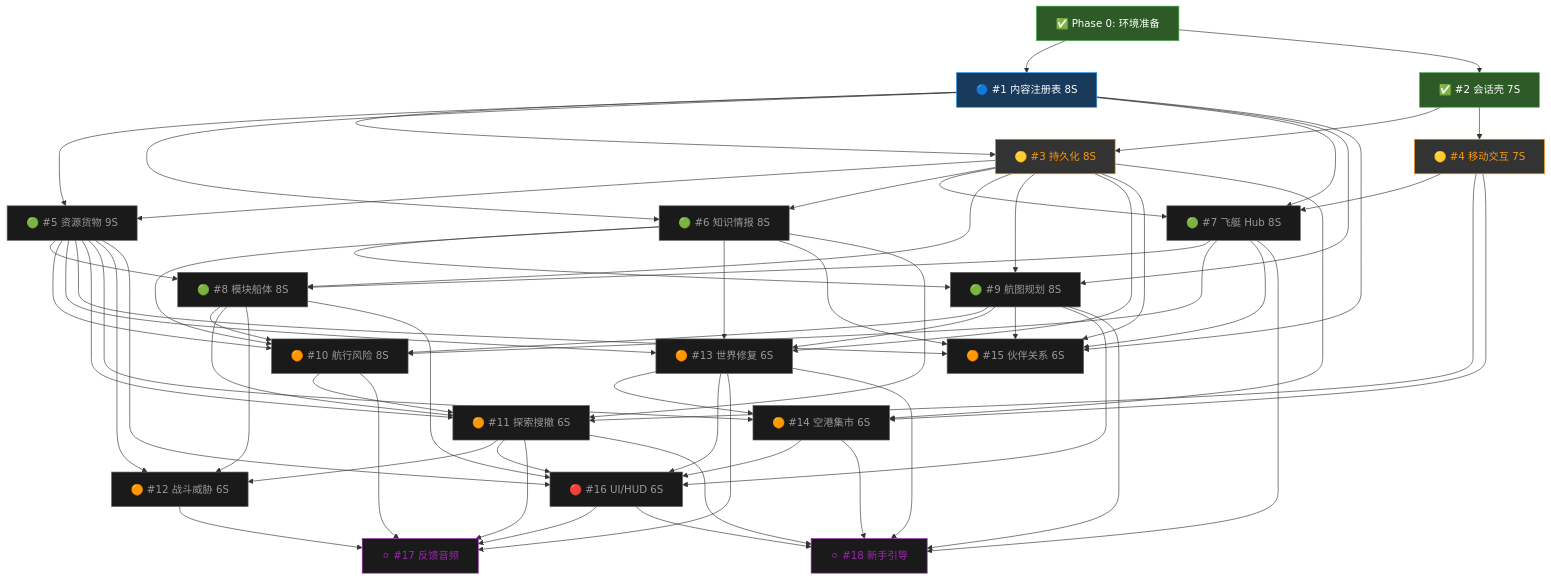
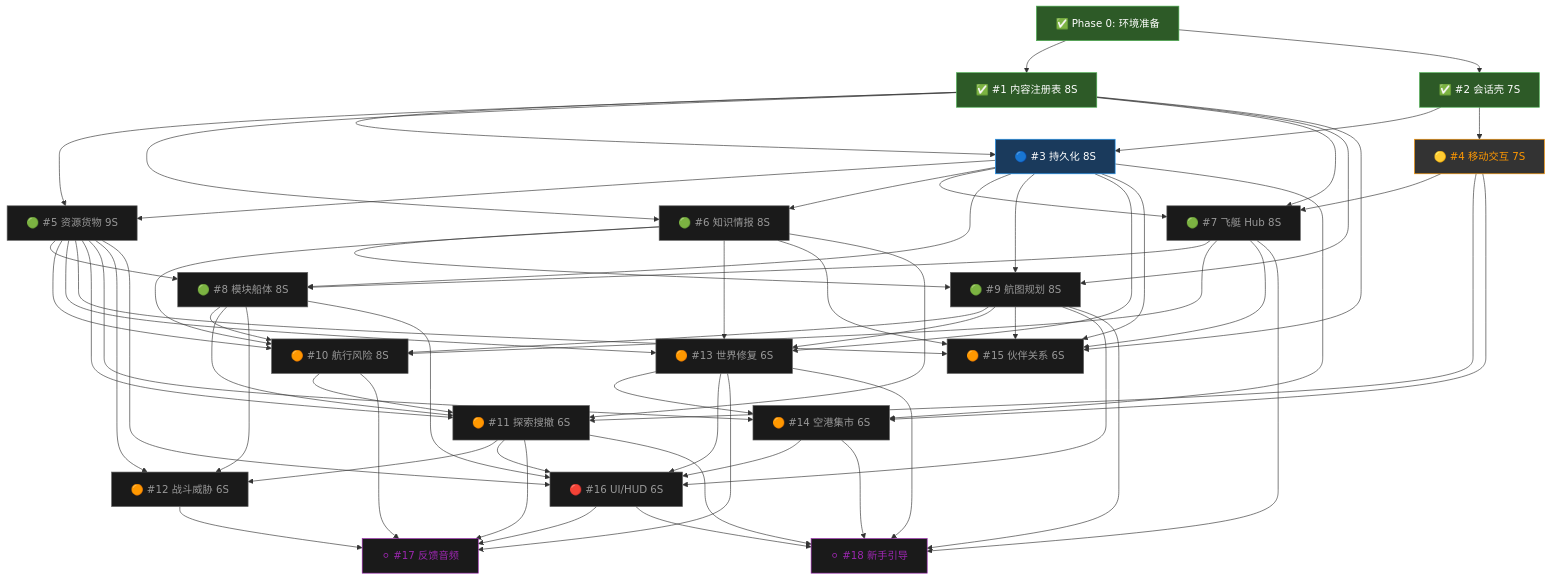
The second of 3 diagrams in docs/reference/production-flowchart.md (lieinsay/Claude-Code-Game-Studios), drawn with Mermaid before and after one commit. The commit also changed other lines of this file and 6 other files, not shown here.

```diff
--- a/docs/reference/production-flowchart.md
+++ b/docs/reference/production-flowchart.md
@@ -67,10 +67,10 @@
 
     P0["✅ Phase 0: 环境准备"]:::done
 
-    S1["🔵 #1 内容注册表 8S"]:::active
+    S1["✅ #1 内容注册表 8S"]:::done
     S2["✅ #2 会话壳 7S"]:::done
 
-    S3["🟡 #3 持久化 8S"]:::next
+    S3["🔵 #3 持久化 8S"]:::active
     S4["🟡 #4 移动交互 7S"]:::next
 
     S5["🟢 #5 资源货物 9S"]:::future
```
